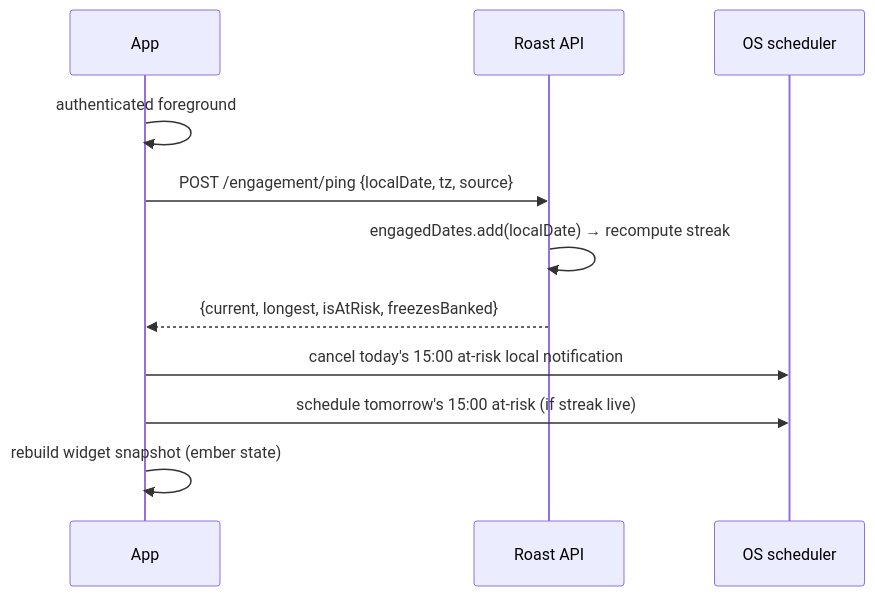
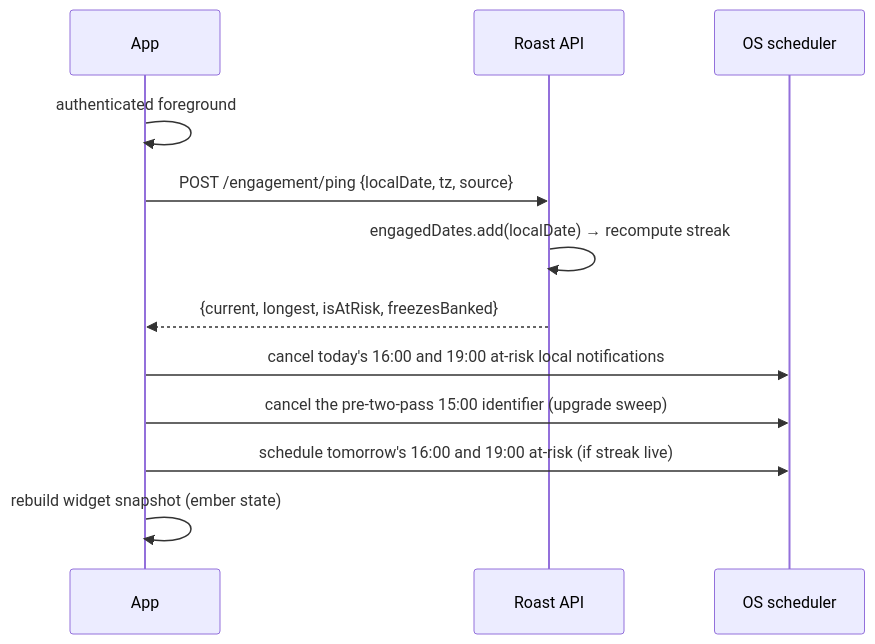
One commit to chukwuma-azubuike/coza-workforce-app changed the third of 3 diagrams in docs/roast-engagement/01_ARCHITECTURE.md. Above: the diagram before and after it, drawn with Mermaid. The commit also changed other lines of this file and 9 other files, not shown here.

````diff
--- a/docs/roast-engagement/01_ARCHITECTURE.md
+++ b/docs/roast-engagement/01_ARCHITECTURE.md
@@ -147,14 +147,15 @@
 ```mermaid
 sequenceDiagram
     participant A as App
     participant R as Roast API
     participant OS as OS scheduler
 
     A->>A: authenticated foreground
     A->>R: POST /engagement/ping {localDate, tz, source}
     R->>R: engagedDates.add(localDate) → recompute streak
     R-->>A: {current, longest, isAtRisk, freezesBanked}
-    A->>OS: cancel today's 15:00 at-risk local notification
-    A->>OS: schedule tomorrow's 15:00 at-risk (if streak live)
+    A->>OS: cancel today's 16:00 and 19:00 at-risk local notifications
+    A->>OS: cancel the pre-two-pass 15:00 identifier (upgrade sweep)
+    A->>OS: schedule tomorrow's 16:00 and 19:00 at-risk (if streak live)
     A->>A: rebuild widget snapshot (ember state)
 ```
````
